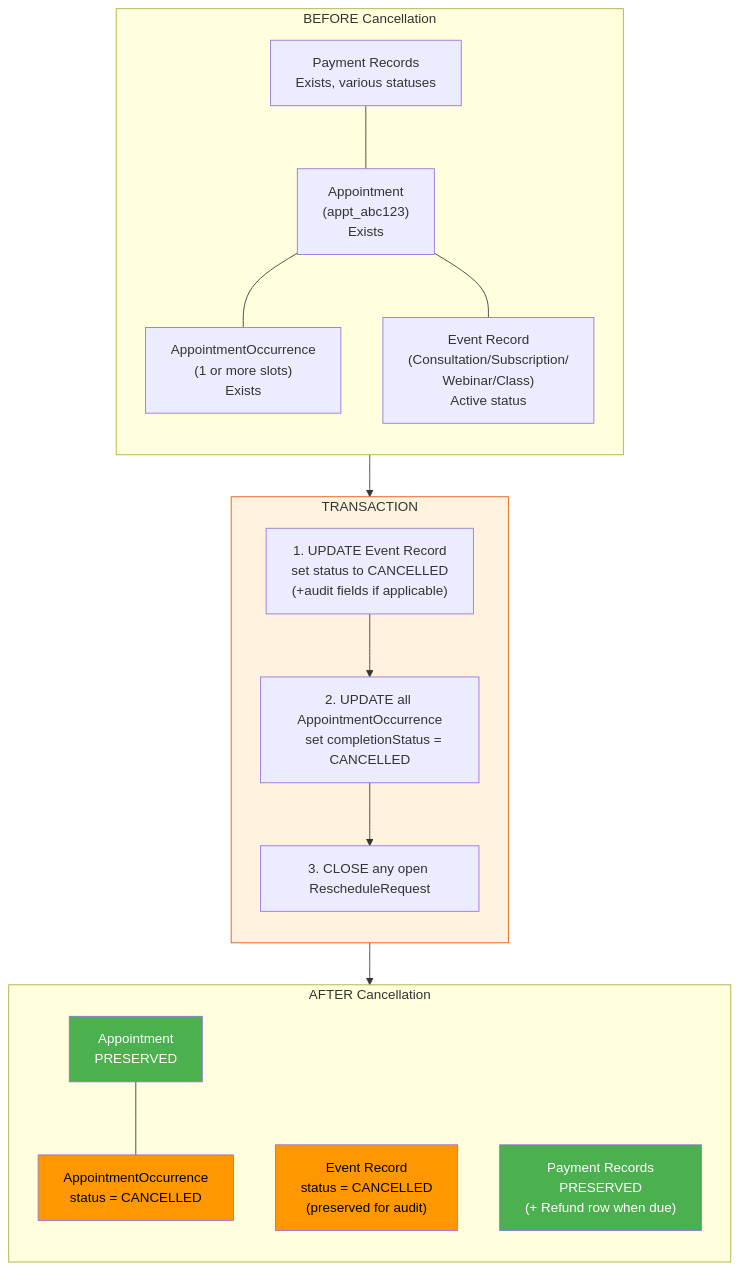
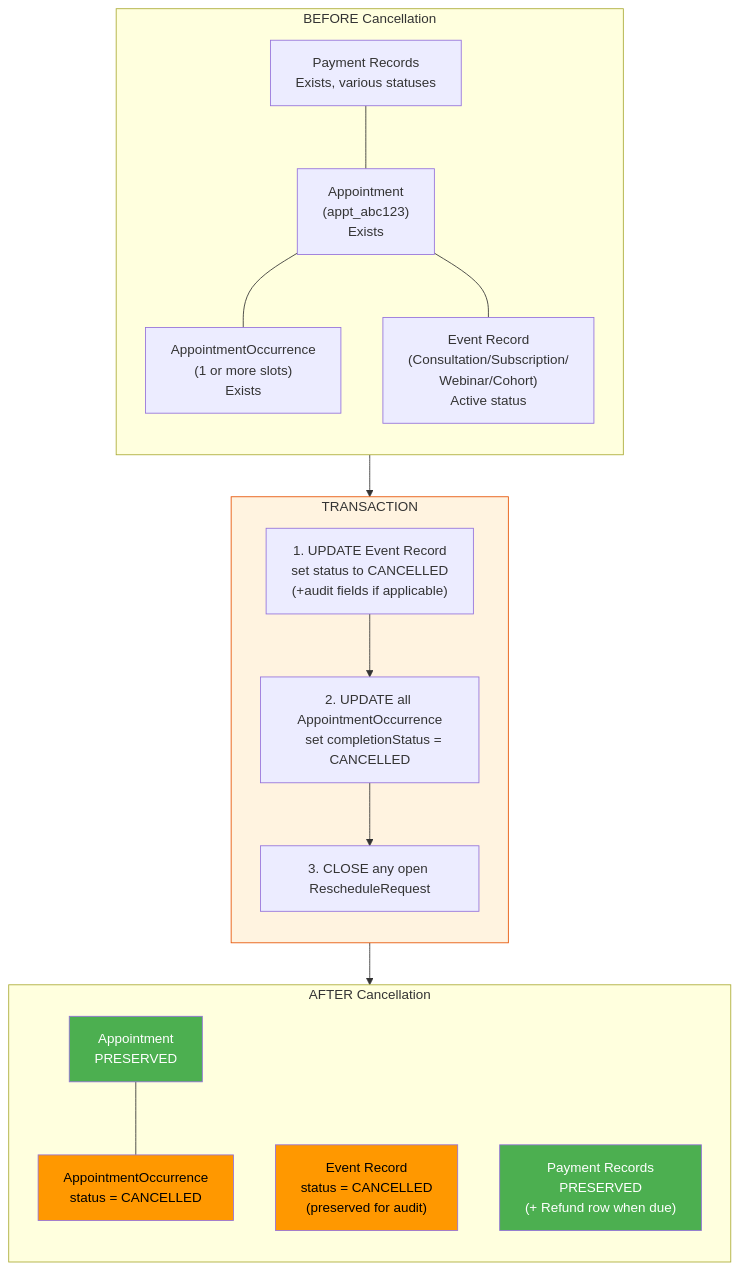
Before and after one commit to Practitionist/familiarise_web: the eighth of 14 diagrams in docs/booking/08-cancellation-flow.md, drawn with Mermaid. The commit also changed other lines of this file and 89 other files, not shown here.

````diff
--- a/docs/booking/08-cancellation-flow.md
+++ b/docs/booking/08-cancellation-flow.md
@@ -855,32 +855,32 @@
 ```mermaid
 flowchart TD
     subgraph BEFORE["BEFORE Cancellation"]
         direction TB
         A1["Appointment\n(appt_abc123)\nExists"] --- B1["AppointmentOccurrence\n(1 or more slots)\nExists"]
-        A1 --- C1["Event Record\n(Consultation/Subscription/\nWebinar/Class)\nActive status"]
+        A1 --- C1["Event Record\n(Consultation/Subscription/\nWebinar/Cohort)\nActive status"]
         D1["Payment Records\nExists, various statuses"] --- A1
     end
 
     subgraph TRANSACTION["TRANSACTION"]
         direction TB
         T1["1. UPDATE Event Record\n   set status to CANCELLED\n   (+audit fields if applicable)"]
         T2["2. UPDATE all AppointmentOccurrence\n   set completionStatus = CANCELLED"]
         T3["3. CLOSE any open RescheduleRequest"]
         T1 --> T2 --> T3
     end
 
     subgraph AFTER["AFTER Cancellation"]
         direction TB
         A2["Appointment\nPRESERVED"] --- B2["AppointmentOccurrence\nstatus = CANCELLED"]
         C2["Event Record\nstatus = CANCELLED\n(preserved for audit)"]
         D2["Payment Records\nPRESERVED\n(+ Refund row when due)"]
     end
 
     BEFORE --> TRANSACTION --> AFTER
 
     style A2 fill:#4caf50,color:#fff
     style B2 fill:#ff9800,color:#000
     style C2 fill:#ff9800,color:#000
     style D2 fill:#4caf50,color:#fff
     style TRANSACTION fill:#fff3e0,stroke:#e65100
 ```
````
